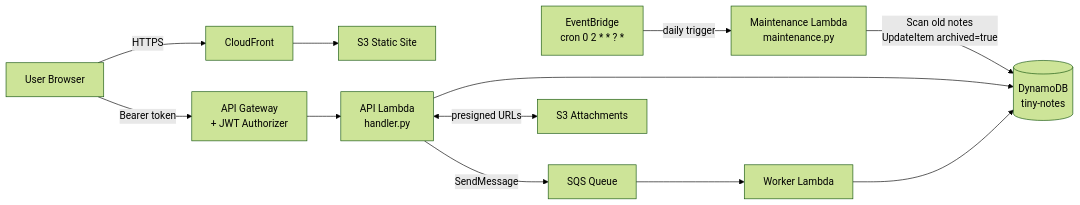
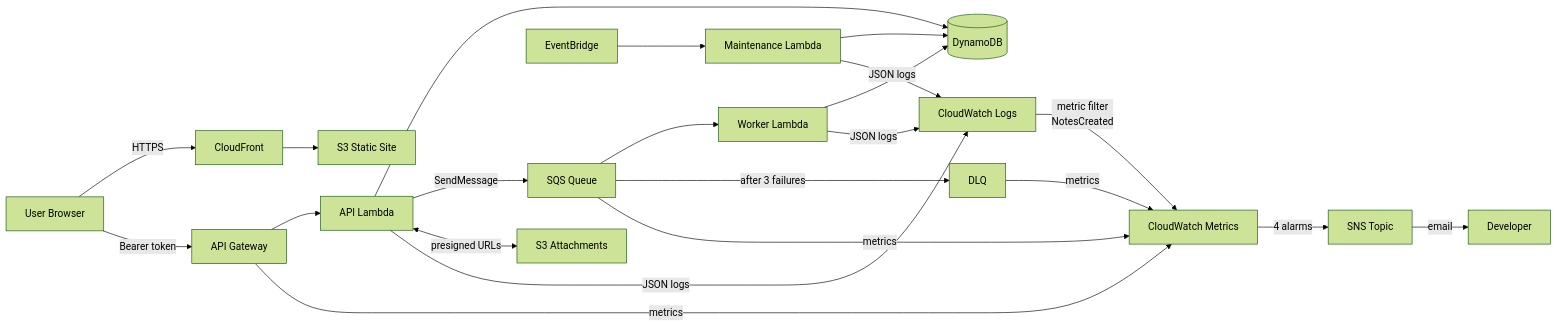
The diagram in README.md (nahidacm/aws-practice-lab), drawn with Mermaid (forest theme) before and after one commit. The commit also changed other lines of this file and 3 other files, not shown here.

````diff
--- a/README.md
+++ b/README.md
@@ -205,15 +291,26 @@
 ```mermaid
 flowchart LR
-    EB[EventBridge\ncron 0 2 * * ? *] -->|daily trigger| M[Maintenance Lambda\nmaintenance.py]
-    M -->|Scan old notes\nUpdateItem archived=true| DDB[(DynamoDB\ntiny-notes)]
-
     U[User Browser] -->|HTTPS| CF[CloudFront]
     CF --> S3W[S3 Static Site]
-    U -->|Bearer token| APIGW[API Gateway\n+ JWT Authorizer]
-    APIGW --> API[API Lambda\nhandler.py]
-    API --> DDB
+    U -->|Bearer token| APIGW[API Gateway]
+    APIGW --> API[API Lambda]
+    API --> DDB[(DynamoDB)]
     API -->|SendMessage| Q[SQS Queue]
     Q --> W[Worker Lambda]
     W --> DDB
+    Q -->|after 3 failures| DLQ[DLQ]
+    EB[EventBridge] --> M[Maintenance Lambda]
+    M --> DDB
     API <-->|presigned URLs| S3A[S3 Attachments]
+
+    API -->|JSON logs| CWL[CloudWatch Logs]
+    W   -->|JSON logs| CWL
+    M   -->|JSON logs| CWL
+    APIGW -->|metrics| CWM[CloudWatch Metrics]
+    Q     -->|metrics| CWM
+    DLQ   -->|metrics| CWM
+
+    CWL -->|metric filter\nNotesCreated| CWM
+    CWM -->|4 alarms| SNS[SNS Topic]
+    SNS -->|email| Dev[Developer]
 ```
````
